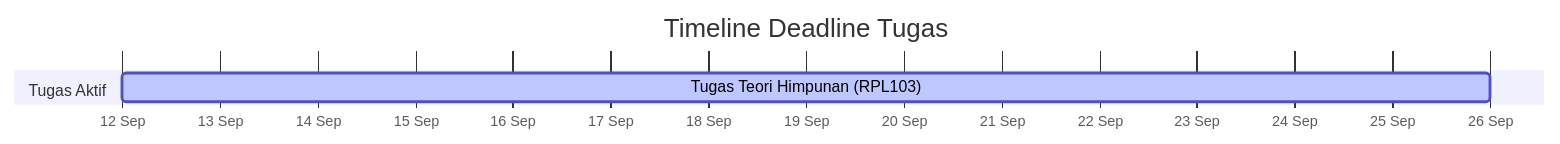
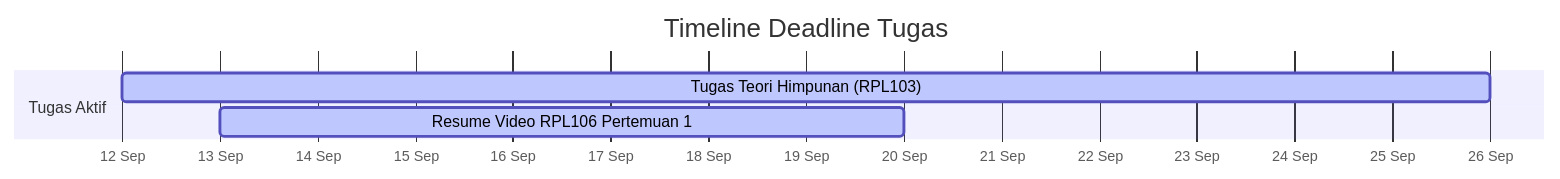
The fourth of 4 diagrams in docs/v1/task/index.md (mroczect/lectures), drawn with Mermaid before and after one commit. The commit also changed other lines of this file and 2 other files, not shown here.

````diff
--- a/docs/v1/task/index.md
+++ b/docs/v1/task/index.md
@@ -222,9 +237,10 @@
 ```mermaid
 gantt
     title Timeline Deadline Tugas
     dateFormat YYYY-MM-DD
     axisFormat %d %b
 
     section Tugas Aktif
-    Tugas Teori Himpunan (RPL103)  :active, t1, 2026-09-12, 14d
+    Tugas Teori Himpunan (RPL103)       :active, t1, 2026-09-12, 14d
+    Resume Video RPL106 Pertemuan 1     :active, t2, 2026-09-13, 7d
 ```
````
